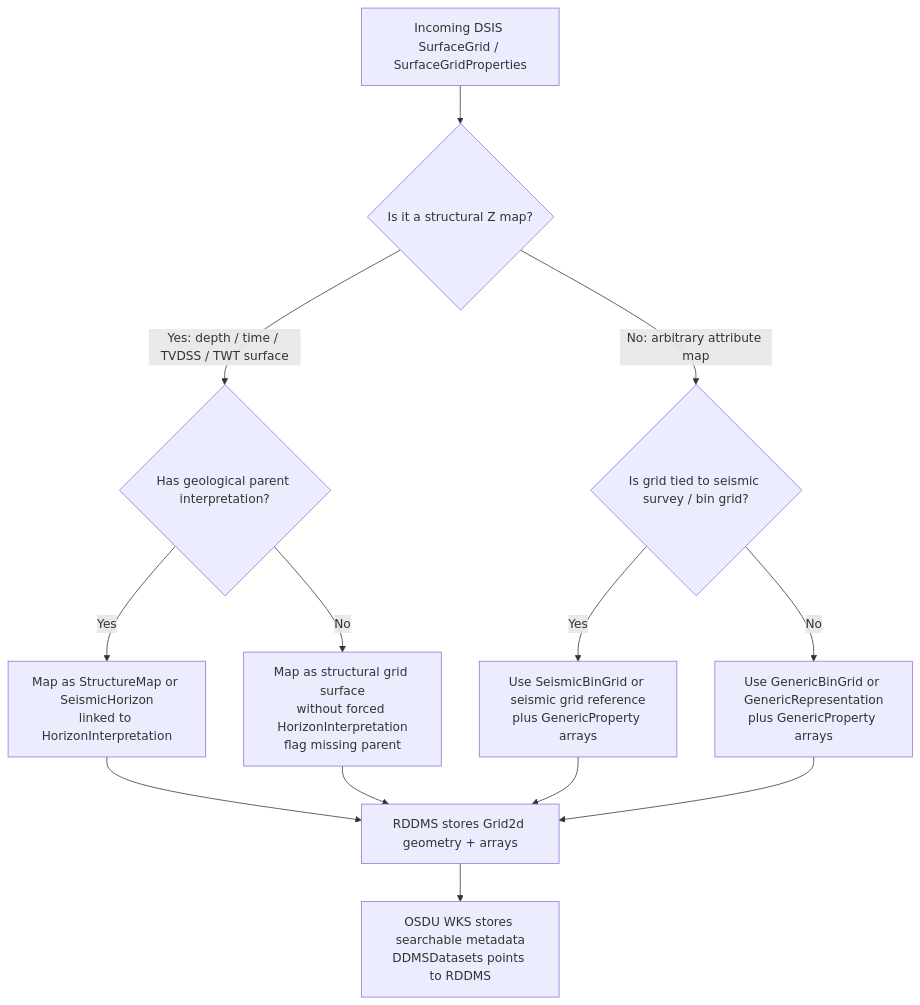
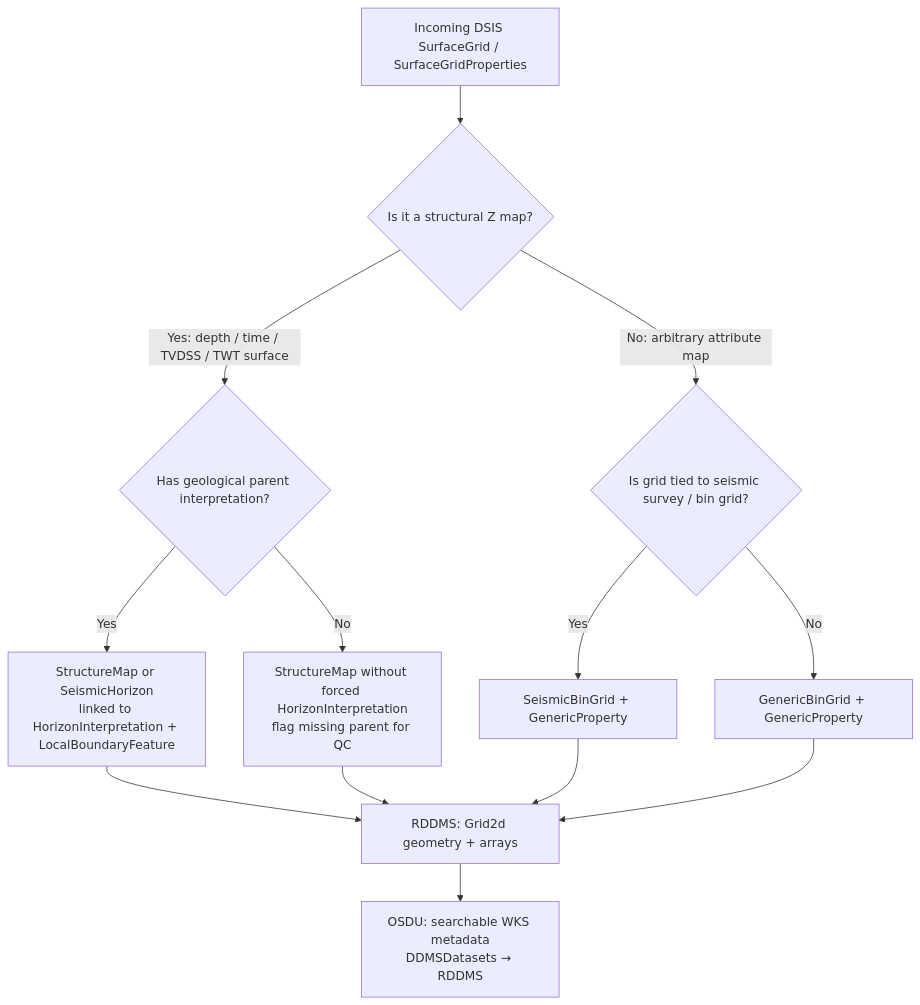
The first of 3 diagrams in md/maps.md (equinor/ores), drawn with Mermaid before and after one commit. The commit also changed other lines of this file and 19 other files, not shown here.

````diff
--- a/md/maps.md
+++ b/md/maps.md
@@ -44,20 +62,20 @@
 ```mermaid
 flowchart TD
     A[Incoming DSIS SurfaceGrid / SurfaceGridProperties] --> B{Is it a structural Z map?}
 
     B -->|Yes: depth / time / TVDSS / TWT surface| C{Has geological parent interpretation?}
-    C -->|Yes| D[Map as StructureMap or SeismicHorizon<br/>linked to HorizonInterpretation]
-    C -->|No| E[Map as structural grid surface<br/>without forced HorizonInterpretation<br/>flag missing parent]
+    C -->|Yes| D[StructureMap or SeismicHorizon<br/>linked to HorizonInterpretation + LocalBoundaryFeature]
+    C -->|No| E[StructureMap without forced HorizonInterpretation<br/>flag missing parent for QC]
 
     B -->|No: arbitrary attribute map| F{Is grid tied to seismic survey / bin grid?}
 
-    F -->|Yes| G[Use SeismicBinGrid or seismic grid reference<br/>plus GenericProperty arrays]
-    F -->|No| H[Use GenericBinGrid or GenericRepresentation<br/>plus GenericProperty arrays]
+    F -->|Yes| G[SeismicBinGrid + GenericProperty]
+    F -->|No| H[GenericBinGrid + GenericProperty]
 
-    D --> I[RDDMS stores Grid2d geometry + arrays]
+    D --> I[RDDMS: Grid2d geometry + arrays]
     E --> I
     G --> I
     H --> I
 
-    I --> J[OSDU WKS stores searchable metadata<br/>DDMSDatasets points to RDDMS]
+    I --> J[OSDU: searchable WKS metadata<br/>DDMSDatasets → RDDMS]
 ```
````
